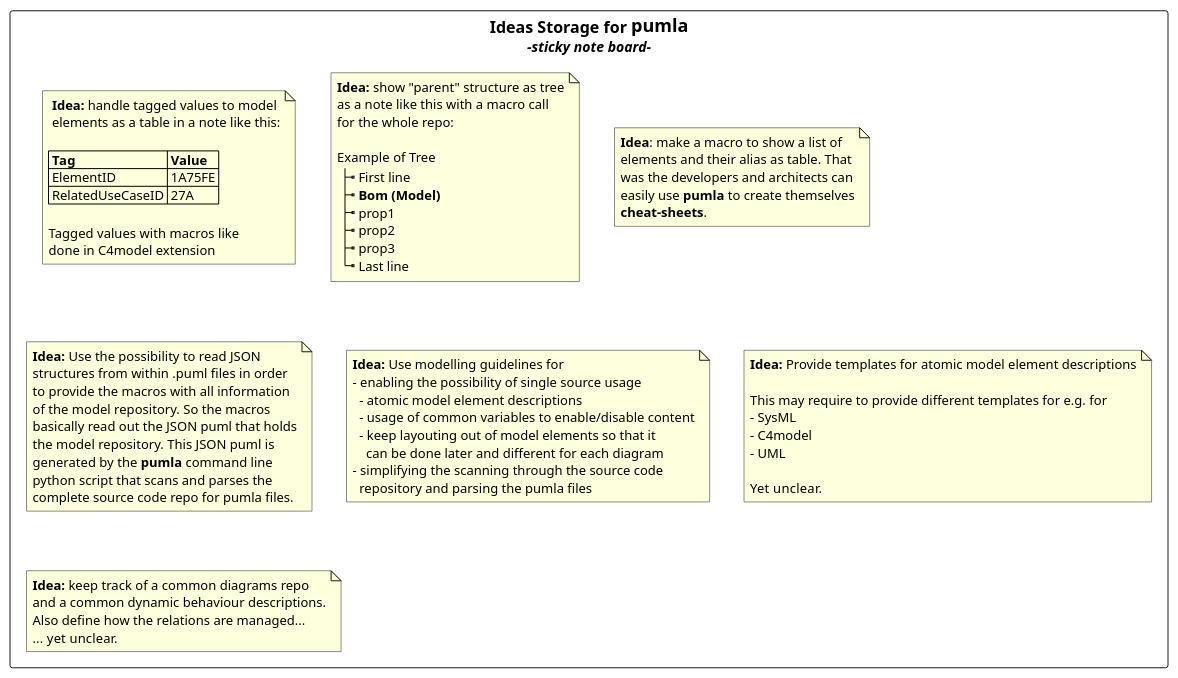
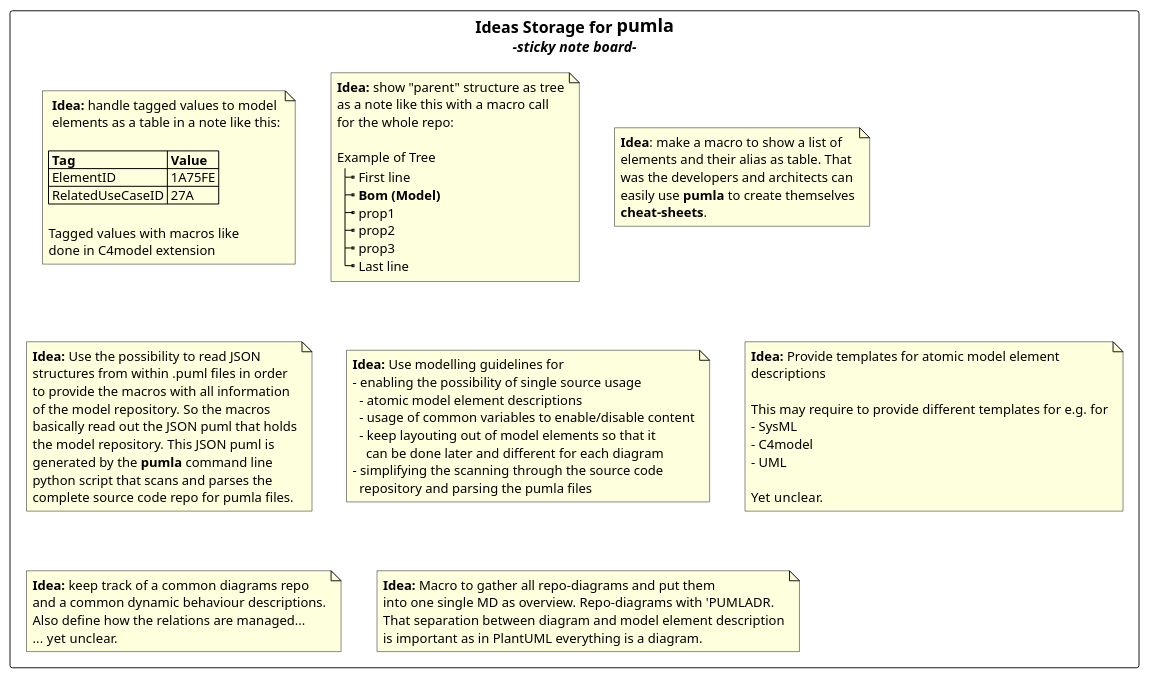
The diagram in ideas_storage.puml (DrMarkusVoss/pumla), drawn with PlantUML before and after one commit. The commit also changed 9 other files, not shown here.

```diff
--- a/ideas_storage.puml
+++ b/ideas_storage.puml
@@ -1,78 +1,86 @@
 @startuml
 rectangle "== Ideas Storage for **pumla**\n <i>-sticky note board- " {
 note as n1
    **Idea:** handle tagged values to model
    elements as a table in a note like this:
 
   |= Tag |= Value |
   | ElementID | 1A75FE |
   | RelatedUseCaseID | 27A |
 
   Tagged values with macros like
   done in C4model extension
 end note
 
 note as n2
 **Idea:** show "parent" structure as tree
 as a note like this with a macro call
 for the whole repo:
 
 Example of Tree
 |_ First line
 |_ **Bom (Model)**
 |_ prop1
 |_ prop2
 |_ prop3
 |_ Last line
 end note
 
 note as n3
 **Idea**: make a macro to show a list of
 elements and their alias as table. That
 was the developers and architects can
 easily use **pumla** to create themselves
 **cheat-sheets**.
 end note
 
 note as n4
 **Idea:** Use the possibility to read JSON
 structures from within .puml files in order
 to provide the macros with all information
 of the model repository. So the macros
 basically read out the JSON puml that holds
 the model repository. This JSON puml is
 generated by the **pumla** command line
 python script that scans and parses the
 complete source code repo for pumla files.
 end note
 
 note as n5
 **Idea:** Use modelling guidelines for
 - enabling the possibility of single source usage
   - atomic model element descriptions
   - usage of common variables to enable/disable content
   - keep layouting out of model elements so that it
     can be done later and different for each diagram
 - simplifying the scanning through the source code
   repository and parsing the pumla files
 end note
 
 note as n6
-**Idea:** Provide templates for atomic model element descriptions
+**Idea:** Provide templates for atomic model element
+descriptions
 
 This may require to provide different templates for e.g. for
 - SysML
 - C4model
 - UML
 
 Yet unclear.
 end note
 
 note as n7
 **Idea:** keep track of a common diagrams repo
 and a common dynamic behaviour descriptions.
 Also define how the relations are managed...
 ... yet unclear.
 end note
+
+note as n8
+**Idea:** Macro to gather all repo-diagrams and put them
+into one single MD as overview. Repo-diagrams with 'PUMLADR.
+That separation between diagram and model element description
+is important as in PlantUML everything is a diagram.
+end note
 }
 @enduml
```
